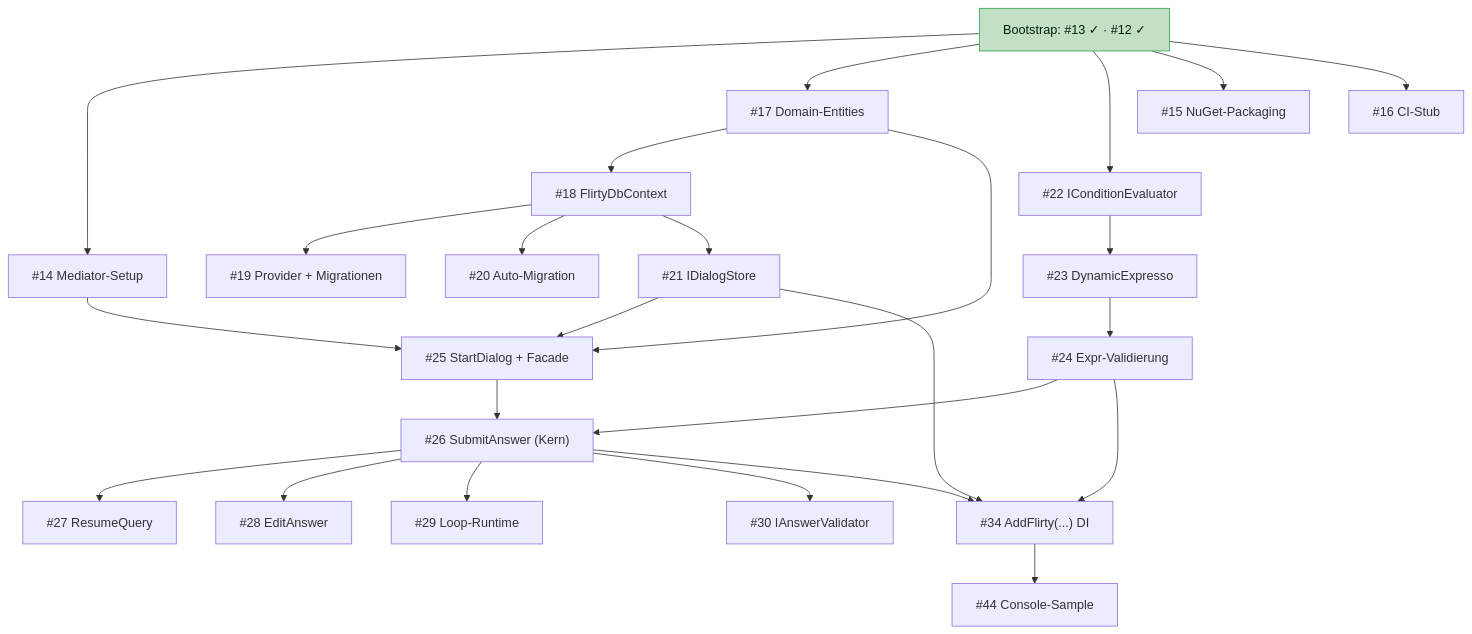
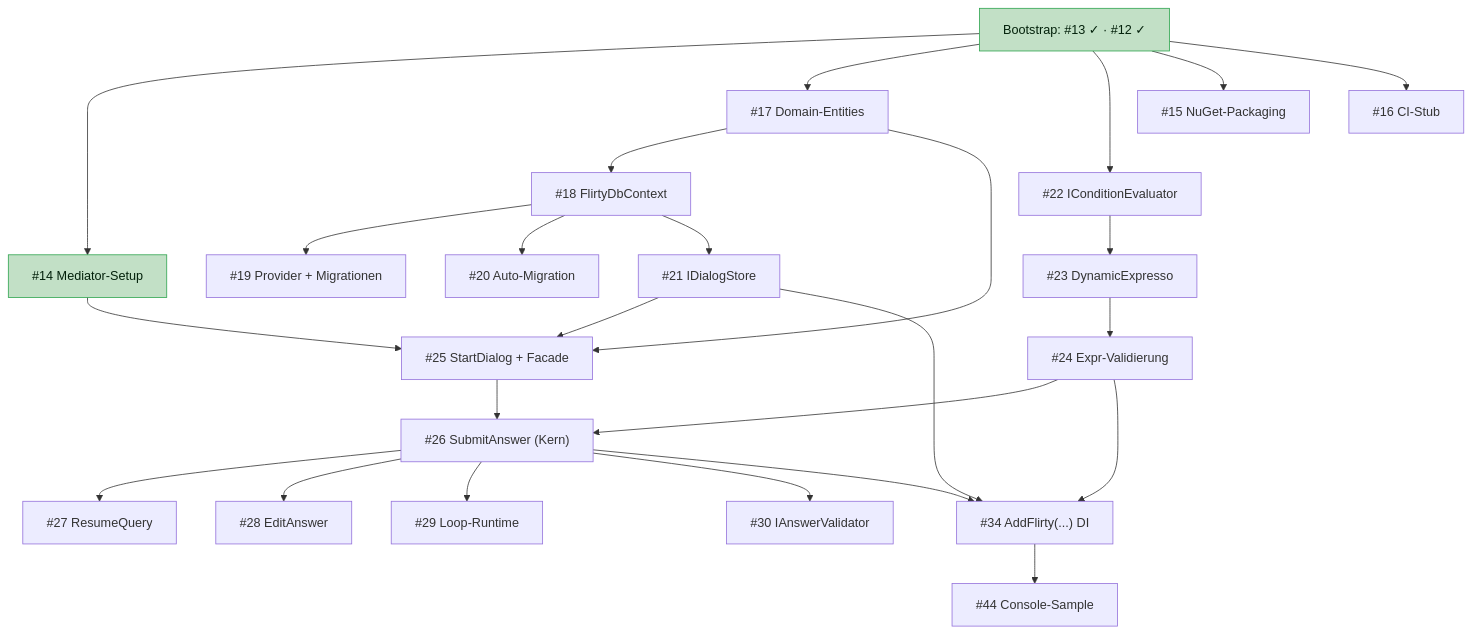
One commit to dominikz98/flirty changed the diagram in docs/ROADMAP.md. Above: the diagram before and after it, drawn with Mermaid. The commit also changed other lines of this file and 11 other files, not shown here.

First line of the commit message:
chore: Mediator-Setup im Core (Source-Generator + Basis-Pipeline-Behaviors) – #14 (#54)

````diff
--- a/docs/ROADMAP.md
+++ b/docs/ROADMAP.md
@@ -25,39 +28,39 @@
 ```mermaid
 flowchart TD
     F["Bootstrap: #13 ✓ · #12 ✓"]:::done
 
-    F --> E14["#14 Mediator-Setup"]
+    F --> E14["#14 Mediator-Setup"]:::done
     F --> E17["#17 Domain-Entities"]
     F --> E22["#22 IConditionEvaluator"]
     F --> E15["#15 NuGet-Packaging"]
     F --> E16["#16 CI-Stub"]
 
     %% Strang A – Persistenz (EPIC 1)
     E17 --> E18["#18 FlirtyDbContext"]
     E18 --> E19["#19 Provider + Migrationen"]
     E18 --> E20["#20 Auto-Migration"]
     E18 --> E21["#21 IDialogStore"]
 
     %% Strang B – Expression-Engine (EPIC 2)
     E22 --> E23["#23 DynamicExpresso"]
     E23 --> E24["#24 Expr-Validierung"]
 
     %% Strang C – Runtime (EPIC 3) = Konvergenzpunkt
     E14 --> E25["#25 StartDialog + Facade"]
     E17 --> E25
     E21 --> E25
     E25 --> E26["#26 SubmitAnswer (Kern)"]
     E24 --> E26
     E26 --> E27["#27 ResumeQuery"]
     E26 --> E28["#28 EditAnswer"]
     E26 --> E29["#29 Loop-Runtime"]
     E26 --> E30["#30 IAnswerValidator"]
 
     %% Integration / M1-Abnahme
     E26 --> E34["#34 AddFlirty(...) DI"]
     E21 --> E34
     E24 --> E34
     E34 --> E44["#44 Console-Sample"]
 
     classDef done fill:#c2e0c6,stroke:#2da44e,color:#03210b;
 ```
````
